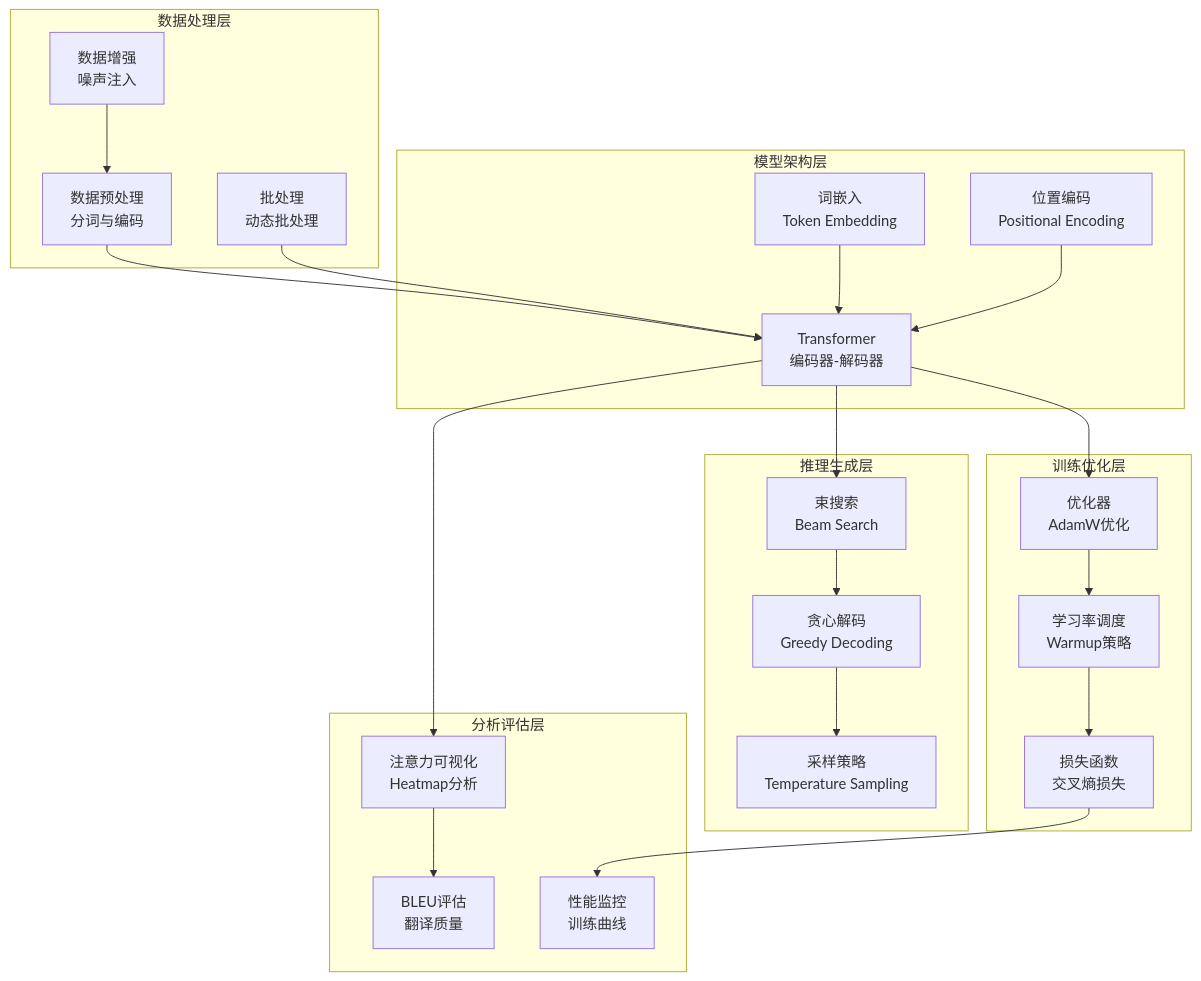
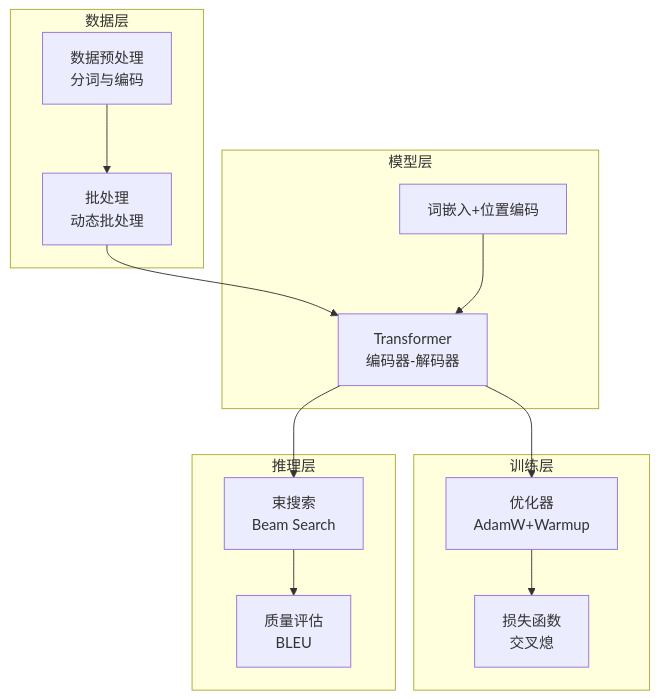
The first of 11 diagrams in book/part2-llm/chapter13-transformer/13.6-comprehensive-project-transformer-machine-translation-system.md (Leavesfly/TinyAI), drawn with Mermaid before and after one commit. The commit also changed other lines of this file and 40 other files, not shown here.

````diff
--- a/book/part2-llm/chapter13-transformer/13.6-comprehensive-project-transformer-machine-translation-system.md
+++ b/book/part2-llm/chapter13-transformer/13.6-comprehensive-project-transformer-machine-translation-system.md
@@ -25,47 +25,30 @@
 ```mermaid
 graph TB
-    subgraph "数据处理层"
+    subgraph "数据层"
         A[数据预处理<br/>分词与编码]
         B[批处理<br/>动态批处理]
-        C[数据增强<br/>噪声注入]
     end
     
-    subgraph "模型架构层"
-        D[Transformer<br/>编码器-解码器]
-        E[词嵌入<br/>Token Embedding]
-        F[位置编码<br/>Positional Encoding]
+    subgraph "模型层"
+        C[Transformer<br/>编码器-解码器]
+        D[词嵌入+位置编码]
     end
     
-    subgraph "训练优化层"
-        G[优化器<br/>AdamW优化]
-        H[学习率调度<br/>Warmup策略]
-        I[损失函数<br/>交叉熵损失]
+    subgraph "训练层"
+        E[优化器<br/>AdamW+Warmup]
+        F[损失函数<br/>交叉熄]
     end
     
-    subgraph "推理生成层"
-        J[束搜索<br/>Beam Search]
-        K[贪心解码<br/>Greedy Decoding]
-        L[采样策略<br/>Temperature Sampling]
+    subgraph "推理层"
+        G[束搜索<br/>Beam Search]
+        H[质量评估<br/>BLEU]
     end
     
-    subgraph "分析评估层"
-        M[注意力可视化<br/>Heatmap分析]
-        N[BLEU评估<br/>翻译质量]
-        O[性能监控<br/>训练曲线]
-    end
-    
-    A --> D
-    B --> D
-    C --> A
-    D --> G
-    D --> J
-    E --> D
-    F --> D
+    A --> B
+    B --> C
+    D --> C
+    C --> E
+    E --> F
+    C --> G
     G --> H
-    H --> I
-    I --> O
-    J --> K
-    K --> L
-    D --> M
-    M --> N
 ```
````
